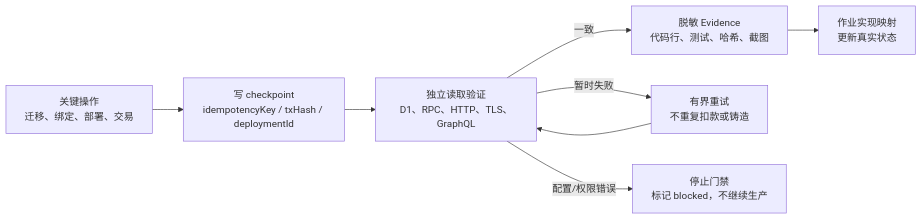
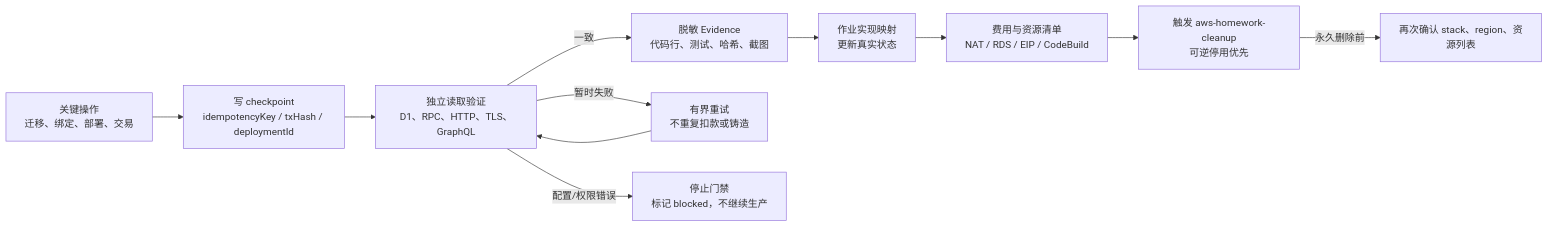
One commit to Tiancheng-Xu/babysteps changed the eighth of 8 diagrams in docs/architecture/starbuddy-web3-architecture.mmd. Above: the diagram before and after it, drawn with Mermaid. The commit also changed other lines of this file and 4 other files, not shown here.

````diff
--- a/docs/architecture/starbuddy-web3-architecture.mmd
+++ b/docs/architecture/starbuddy-web3-architecture.mmd
@@ -195,10 +218,13 @@
 ```mermaid
 flowchart LR
     action["关键操作<br/>迁移、绑定、部署、交易"] --> checkpoint["写 checkpoint<br/>idempotencyKey / txHash / deploymentId"]
     checkpoint --> verify["独立读取验证<br/>D1、RPC、HTTP、TLS、GraphQL"]
     verify -->|"一致"| evidence2["脱敏 Evidence<br/>代码行、测试、哈希、截图"]
     verify -->|"暂时失败"| retry["有界重试<br/>不重复扣款或铸造"]
     verify -->|"配置/权限错误"| stop["停止门禁<br/>标记 blocked，不继续生产"]
     retry --> verify
     evidence2 --> map["作业实现映射<br/>更新真实状态"]
+    map --> cost["费用与资源清单<br/>NAT / RDS / EIP / CodeBuild"]
+    cost --> cleanup["触发 aws-homework-cleanup<br/>可逆停用优先"]
+    cleanup -->|"永久删除前"| confirm["再次确认 stack、region、资源列表"]
 ```
````
